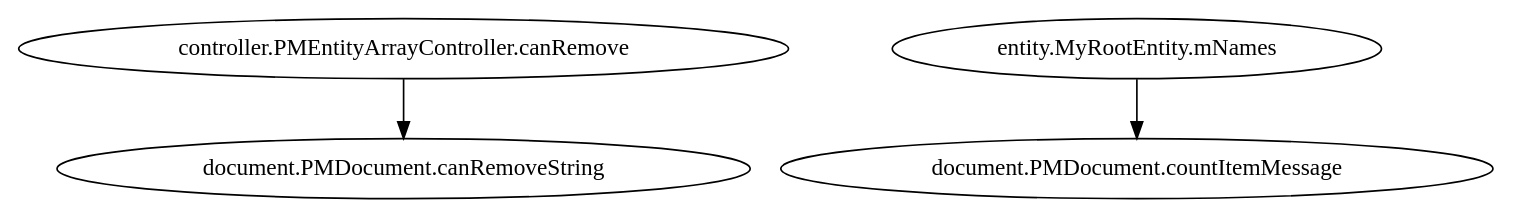
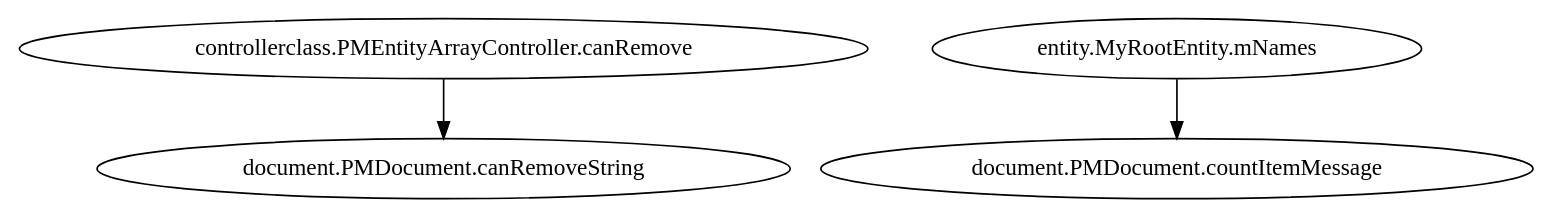
One commit to pierremolinaro/easy-bindings-dev changed the diagram in sample-projects/04-document-with-relationships/document-with-relationships.easyBindings.transientDependancyGraph.dot. Above: the diagram before and after it, drawn with Graphviz. The commit also changed 23 other files, not shown here.

```diff
--- a/sample-projects/04-document-with-relationships/document-with-relationships.easyBindings.transientDependancyGraph.dot
+++ b/sample-projects/04-document-with-relationships/document-with-relationships.easyBindings.transientDependancyGraph.dot
@@ -1,4 +1,4 @@
 digraph G {
-  "controller.PMEntityArrayController.canRemove" -> "document.PMDocument.canRemoveString" ;
+  "controllerclass.PMEntityArrayController.canRemove" -> "document.PMDocument.canRemoveString" ;
   "entity.MyRootEntity.mNames" -> "document.PMDocument.countItemMessage" ;
 }
```
